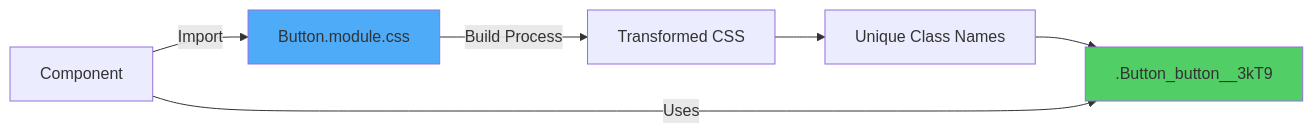
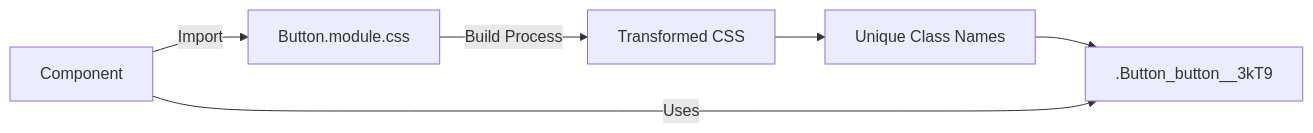
One commit to BabaScience/react-guides changed the second of 6 diagrams in arguments/chapters/04-react-styling.md. Above: the diagram before and after it, drawn with Mermaid. The commit also changed other lines of this file and 29 other files, not shown here.

First line of the commit message:
Bring React FR/IT translations to full English parity + theme-safe diagrams

````diff
--- a/arguments/chapters/04-react-styling.md
+++ b/arguments/chapters/04-react-styling.md
@@ -371,12 +368,10 @@
 ```mermaid
 graph LR
     A[Button.module.css] -->|Build Process| B[Transformed CSS]
     B --> C[Unique Class Names]
     C --> D[.Button_button__3kT9]
     
     E[Component] -->|Import| A
     E -->|Uses| D
     
-    style A fill:#4dabf7
-    style D fill:#51cf66
 ```
````
